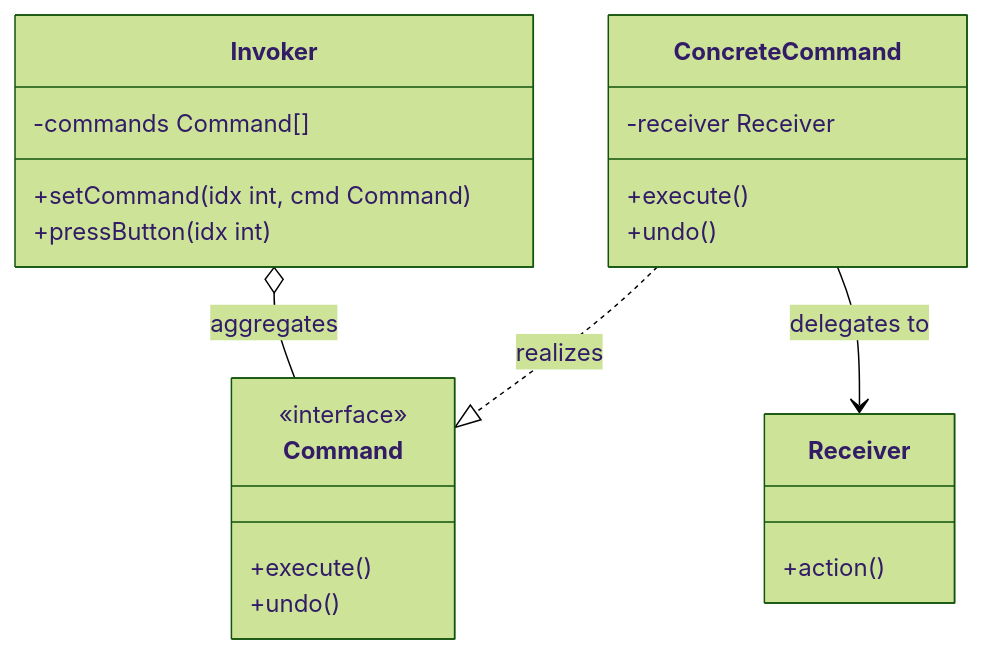
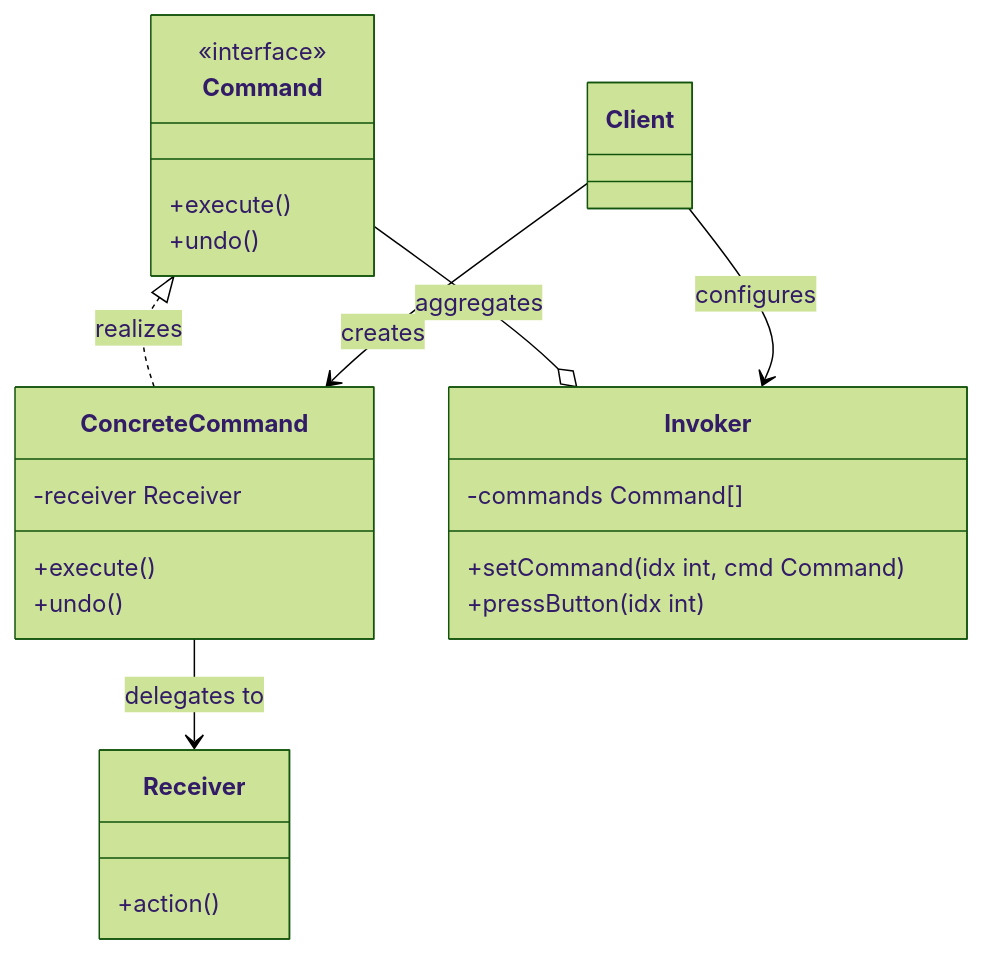
Before and after one commit to dasakash26/system-design: the first of 2 diagrams in notes/8_Command Pattern/8_Command Pattern.md, drawn with Mermaid (forest theme). The commit also changed other lines of this file and 17 other files, not shown here.

````diff
--- a/notes/8_Command Pattern/8_Command Pattern.md
+++ b/notes/8_Command Pattern/8_Command Pattern.md
@@ -23,26 +23,30 @@
 ```mermaid
 classDiagram
     direction TB
     class Command {
         <<interface>>
         +execute()
         +undo()
     }
     class Receiver {
         +action()
     }
     class ConcreteCommand {
         -receiver Receiver
         +execute()
         +undo()
     }
     class Invoker {
         -commands Command[]
         +setCommand(idx int, cmd Command)
         +pressButton(idx int)
     }
+    class Client {
+    }
 
-    ConcreteCommand ..|> Command : realizes
+    Command <|.. ConcreteCommand : realizes
     ConcreteCommand --> Receiver : delegates to
-    Invoker o-- Command : aggregates
+    Command --o Invoker : aggregates
+    Client --> Invoker : configures
+    Client --> ConcreteCommand : creates
 ```
````
